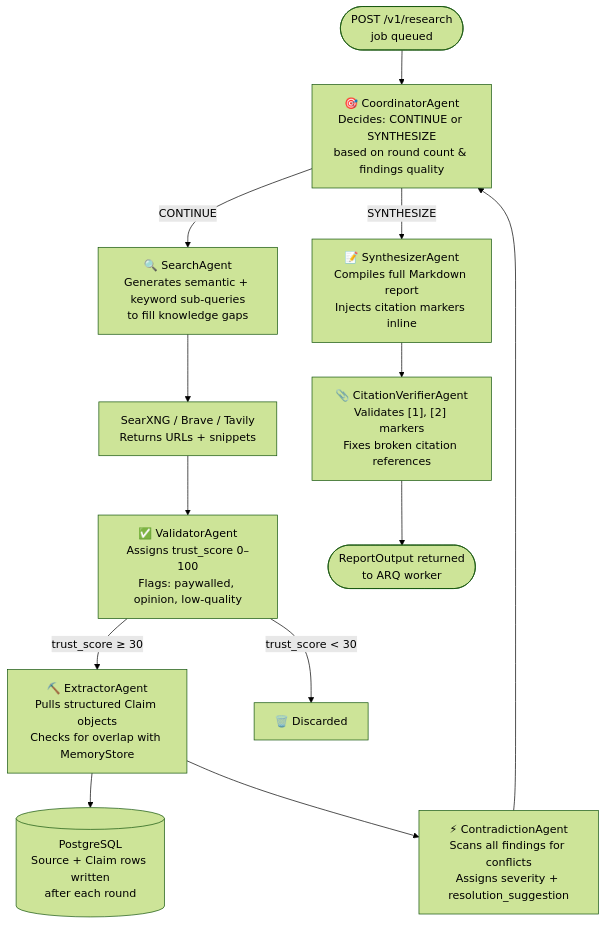
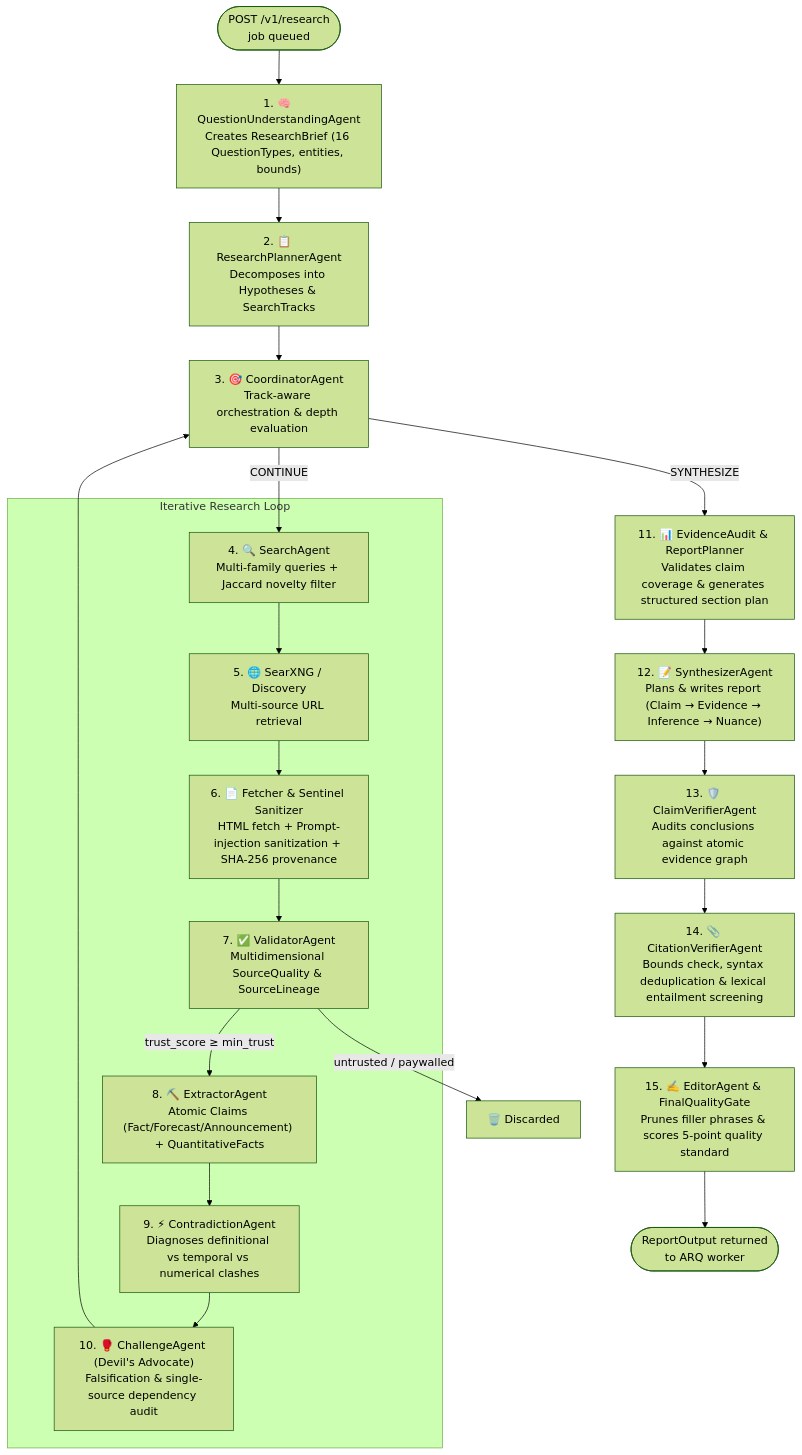
One commit to avirooppal/Vanta-Deep-Research-API changed the third of 20 diagrams in README.md. Above: the diagram before and after it, drawn with Mermaid (forest theme). The commit also changed other lines of this file and 66 other files, not shown here.

````diff
--- a/README.md
+++ b/README.md
@@ -236,27 +241,32 @@
 ```mermaid
 flowchart TD
     Start(["POST /v1/research<br/>job queued"])
-    C["🎯 CoordinatorAgent<br/>Decides: CONTINUE or SYNTHESIZE<br/>based on round count & findings quality"]
-    S["🔍 SearchAgent<br/>Generates semantic + keyword sub-queries<br/>to fill knowledge gaps"]
-    SX["SearXNG / Brave / Tavily<br/>Returns URLs + snippets"]
-    V["✅ ValidatorAgent<br/>Assigns trust_score 0–100<br/>Flags: paywalled, opinion, low-quality"]
-    E["⛏️ ExtractorAgent<br/>Pulls structured Claim objects<br/>Checks for overlap with MemoryStore"]
-    PG[("PostgreSQL<br/>Source + Claim rows written<br/>after each round")]
-    CON["⚡ ContradictionAgent<br/>Scans all findings for conflicts<br/>Assigns severity + resolution_suggestion"]
-    SYN["📝 SynthesizerAgent<br/>Compiles full Markdown report<br/>Injects citation markers inline"]
-    CIT["📎 CitationVerifierAgent<br/>Validates [1], [2] markers<br/>Fixes broken citation references"]
+    U["1. 🧠 QuestionUnderstandingAgent<br/>Creates ResearchBrief (16 QuestionTypes, entities, bounds)"]
+    P["2. 📋 ResearchPlannerAgent<br/>Decomposes into Hypotheses & SearchTracks"]
+    C["3. 🎯 CoordinatorAgent<br/>Track-aware orchestration & depth evaluation"]
+
+    subgraph ResearchLoop["Iterative Research Loop"]
+        S["4. 🔍 SearchAgent<br/>Multi-family queries + Jaccard novelty filter"]
+        SX["5. 🌐 SearXNG / Discovery<br/>Multi-source URL retrieval"]
+        F["6. 📄 Fetcher & Sentinel Sanitizer<br/>HTML fetch + Prompt-injection sanitization + SHA-256 provenance"]
+        V["7. ✅ ValidatorAgent<br/>Multidimensional SourceQuality & SourceLineage"]
+        E["8. ⛏️ ExtractorAgent<br/>Atomic Claims (Fact/Forecast/Announcement) + QuantitativeFacts"]
+        CON["9. ⚡ ContradictionAgent<br/>Diagnoses definitional vs temporal vs numerical clashes"]
+        CH["10. 🥊 ChallengeAgent (Devil's Advocate)<br/>Falsification & single-source dependency audit"]
+    end
+
+    AUD["11. 📊 EvidenceAudit & ReportPlanner<br/>Validates claim coverage & generates structured section plan"]
+    SYN["12. 📝 SynthesizerAgent<br/>Plans & writes report (Claim → Evidence → Inference → Nuance)"]
+    CLM["13. 🛡️ ClaimVerifierAgent<br/>Audits conclusions against atomic evidence graph"]
+    CIT["14. 📎 CitationVerifierAgent<br/>Bounds check, syntax deduplication & lexical entailment screening"]
+    EDT["15. ✍️ EditorAgent & FinalQualityGate<br/>Prunes filler phrases & scores 5-point quality standard"]
     End(["ReportOutput returned<br/>to ARQ worker"])
 
-    Start --> C
+    Start --> U --> P --> C
     C -- "CONTINUE" --> S
-    S --> SX
-    SX --> V
-    V -- "trust_score ≥ 30" --> E
-    V -- "trust_score < 30" --> discard["🗑️ Discarded"]
-    E --> PG
-    E --> CON
-    CON --> C
-    C -- "SYNTHESIZE" --> SYN
-    SYN --> CIT
-    CIT --> End
+    S --> SX --> F --> V
+    V -- "trust_score ≥ min_trust" --> E
+    V -- "untrusted / paywalled" --> discard["🗑️ Discarded"]
+    E --> CON --> CH --> C
+    C -- "SYNTHESIZE" --> AUD --> SYN --> CLM --> CIT --> EDT --> End
 ```
````
